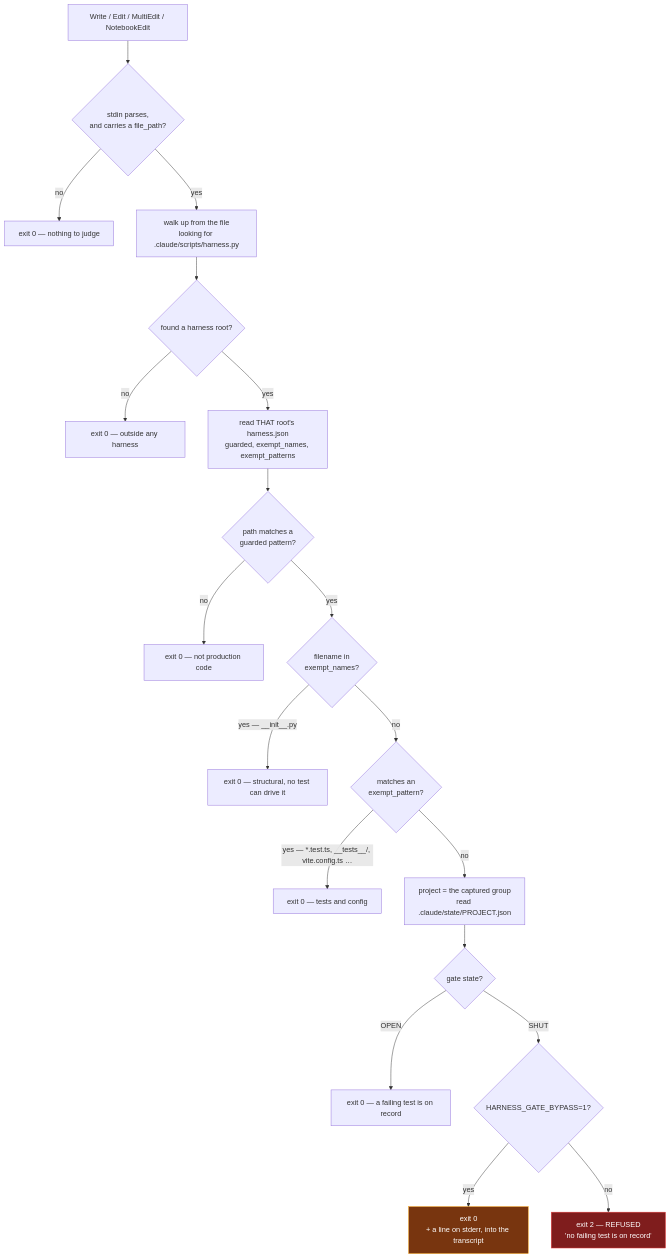
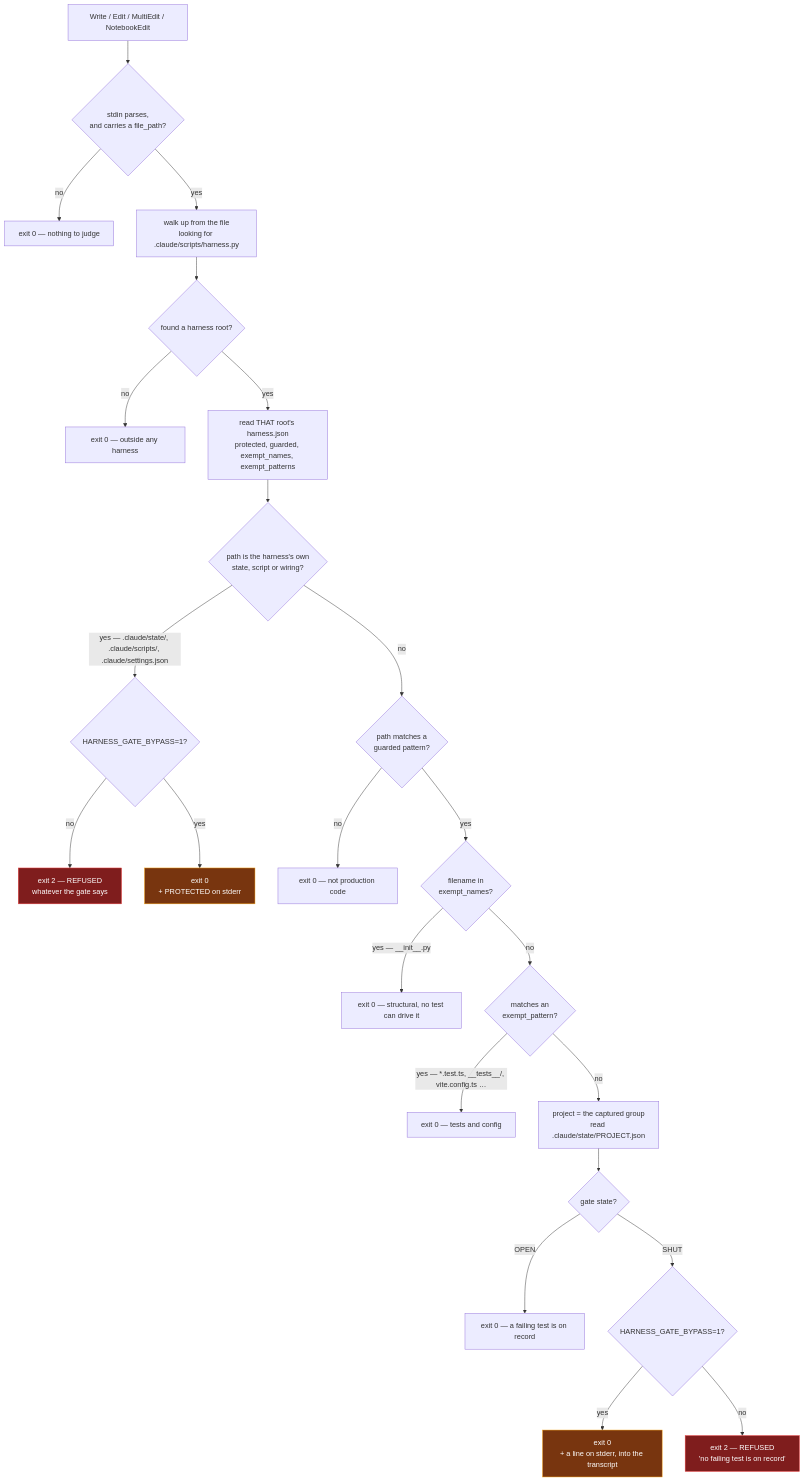
One commit to tonsai987654321/claude-tdd-harness changed the first of 6 diagrams in docs/FLOW.md. Above: the diagram before and after it, drawn with Mermaid. The commit also changed other lines of this file and 11 other files, not shown here.

````diff
--- a/docs/FLOW.md
+++ b/docs/FLOW.md
@@ -28,24 +30,30 @@
 ```mermaid
 flowchart TD
     A["Write / Edit / MultiEdit / NotebookEdit"] --> B{"stdin parses,<br/>and carries a file_path?"}
     B -- no --> Z0["exit 0 — nothing to judge"]
     B -- yes --> C["walk up from the file<br/>looking for .claude/scripts/harness.py"]
     C --> D{"found a harness root?"}
     D -- no --> Z1["exit 0 — outside any harness"]
-    D -- yes --> E["read THAT root's harness.json<br/>guarded, exempt_names, exempt_patterns"]
-    E --> F{"path matches a<br/>guarded pattern?"}
+    D -- yes --> E["read THAT root's harness.json<br/>protected, guarded, exempt_names, exempt_patterns"]
+    E --> P{"path is the harness's own<br/>state, script or wiring?"}
+    P -- "yes — .claude/state/, .claude/scripts/, .claude/settings.json" --> PB{"HARNESS_GATE_BYPASS=1?"}
+    PB -- no --> XP["exit 2 — REFUSED<br/>whatever the gate says"]
+    PB -- yes --> Z7["exit 0<br/>+ PROTECTED on stderr"]
+    P -- no --> F{"path matches a<br/>guarded pattern?"}
     F -- no --> Z2["exit 0 — not production code"]
     F -- yes --> G{"filename in<br/>exempt_names?"}
     G -- "yes — __init__.py" --> Z3["exit 0 — structural, no test can drive it"]
     G -- no --> H{"matches an<br/>exempt_pattern?"}
     H -- "yes — *.test.ts, __tests__/, vite.config.ts …" --> Z4["exit 0 — tests and config"]
     H -- no --> I["project = the captured group<br/>read .claude/state/PROJECT.json"]
     I --> J{"gate state?"}
     J -- OPEN --> Z5["exit 0 — a failing test is on record"]
     J -- SHUT --> K{"HARNESS_GATE_BYPASS=1?"}
     K -- yes --> Z6["exit 0<br/>+ a line on stderr, into the transcript"]
     K -- no --> X["exit 2 — REFUSED<br/>'no failing test is on record'"]
 
     style X fill:#7f1d1d,stroke:#ef4444,color:#fff
+    style XP fill:#7f1d1d,stroke:#ef4444,color:#fff
     style Z6 fill:#78350f,stroke:#f59e0b,color:#fff
+    style Z7 fill:#78350f,stroke:#f59e0b,color:#fff
 ```
````
